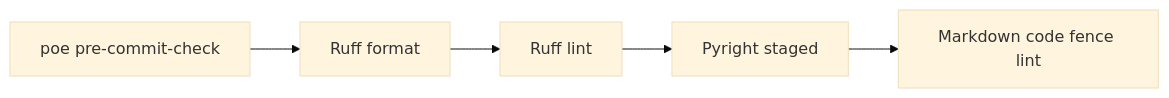
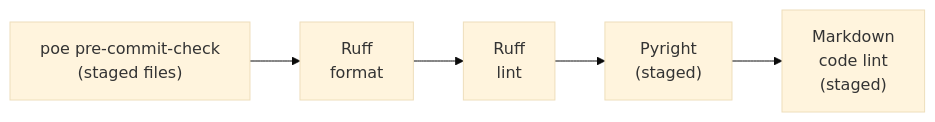
Before and after one commit to pmalarme/python-agent-template: the third of 9 diagrams in README.md, drawn with Mermaid (base theme). The commit also changed other lines of this file and 30 other files, not shown here.

````diff
--- a/README.md
+++ b/README.md
@@ -62,7 +187,7 @@
 ```mermaid
 flowchart LR
-    P[poe pre-commit-check] --> P1[Ruff format]
-    P1 --> P2[Ruff lint]
-    P2 --> P3[Pyright staged]
-    P3 --> P4[Markdown code fence lint]
+    P["poe pre-commit-check<br/>(staged files)"] --> P1["Ruff<br/>format"]
+    P1 --> P2["Ruff<br/>lint"]
+    P2 --> P3["Pyright<br/>(staged)"]
+    P3 --> P4["Markdown<br/>code lint<br/>(staged)"]
 ```
````
